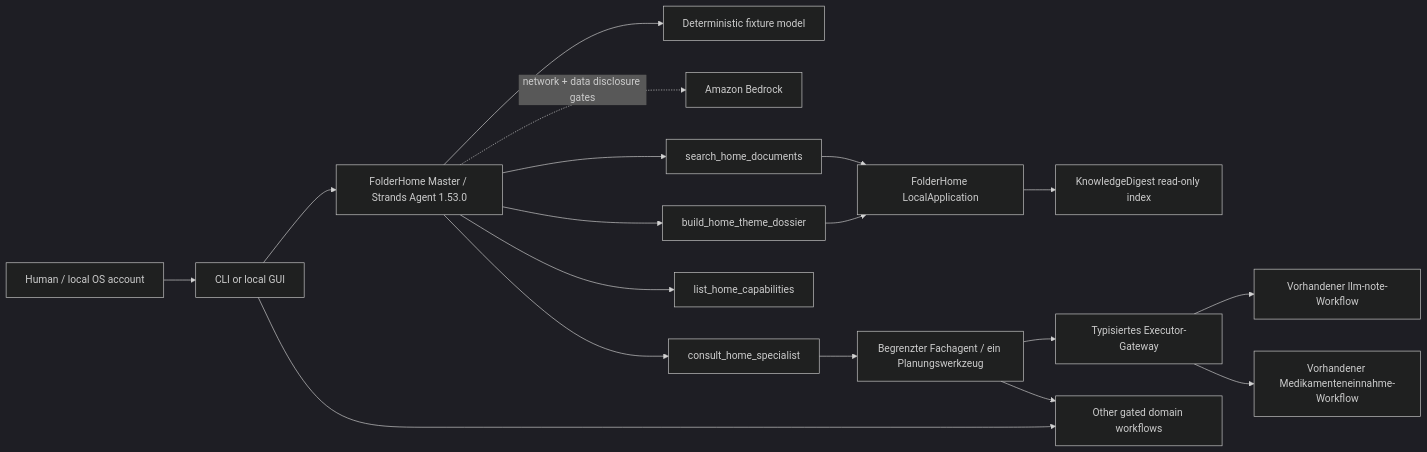
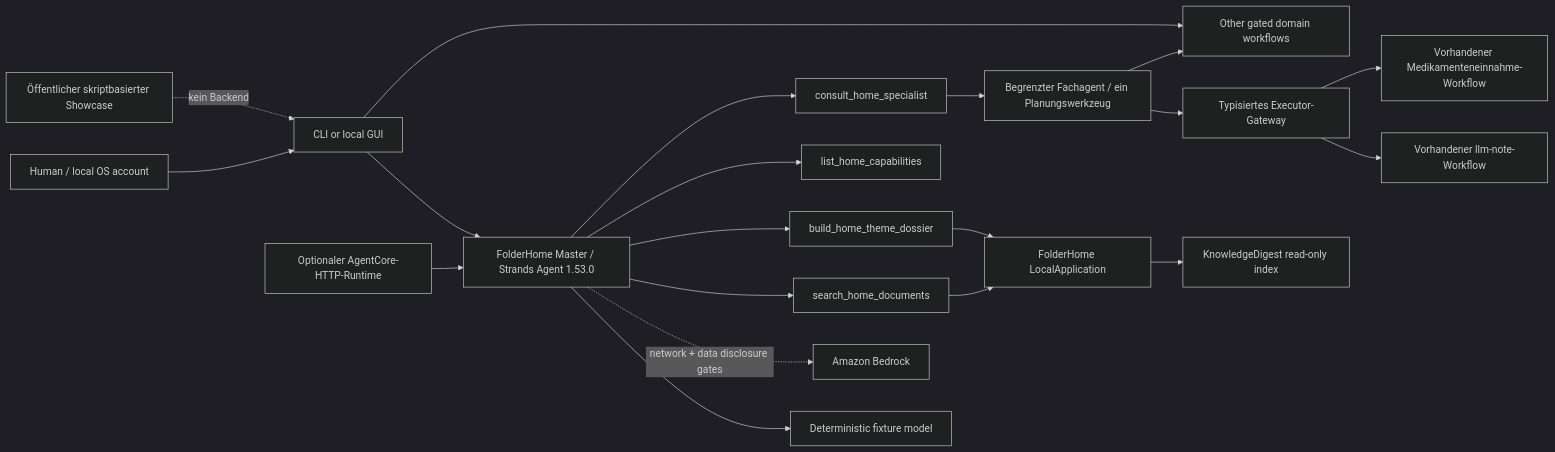
Before and after one commit to ellmos-ai/FolderHome: the diagram in README.de.md, drawn with Mermaid (dark theme). The commit also changed other lines of this file and 57 other files, not shown here.

````diff
--- a/README.de.md
+++ b/README.de.md
@@ -63,20 +94,22 @@
 ```mermaid
 flowchart LR
   H[Human / local OS account] --> UI[CLI or local GUI]
   UI --> A[FolderHome Master / Strands Agent 1.53.0]
+  PUB[Öffentlicher skriptbasierter Showcase] -. kein Backend .-> UI
+  AC[Optionaler AgentCore-HTTP-Runtime] --> A
   A --> F[Deterministic fixture model]
   A -. network + data disclosure gates .-> B[Amazon Bedrock]
   A --> S[search_home_documents]
   A --> D[build_home_theme_dossier]
   A --> C[list_home_capabilities]
   A --> X[consult_home_specialist]
   X --> P[Begrenzter Fachagent / ein Planungswerkzeug]
   P --> E[Typisiertes Executor-Gateway]
   E --> N[Vorhandener llm-note-Workflow]
   E --> M[Vorhandener Medikamenteneinnahme-Workflow]
   S --> L[FolderHome LocalApplication]
   D --> L
   L --> K[KnowledgeDigest read-only index]
   UI --> W[Other gated domain workflows]
   P --> W
 ```
````
